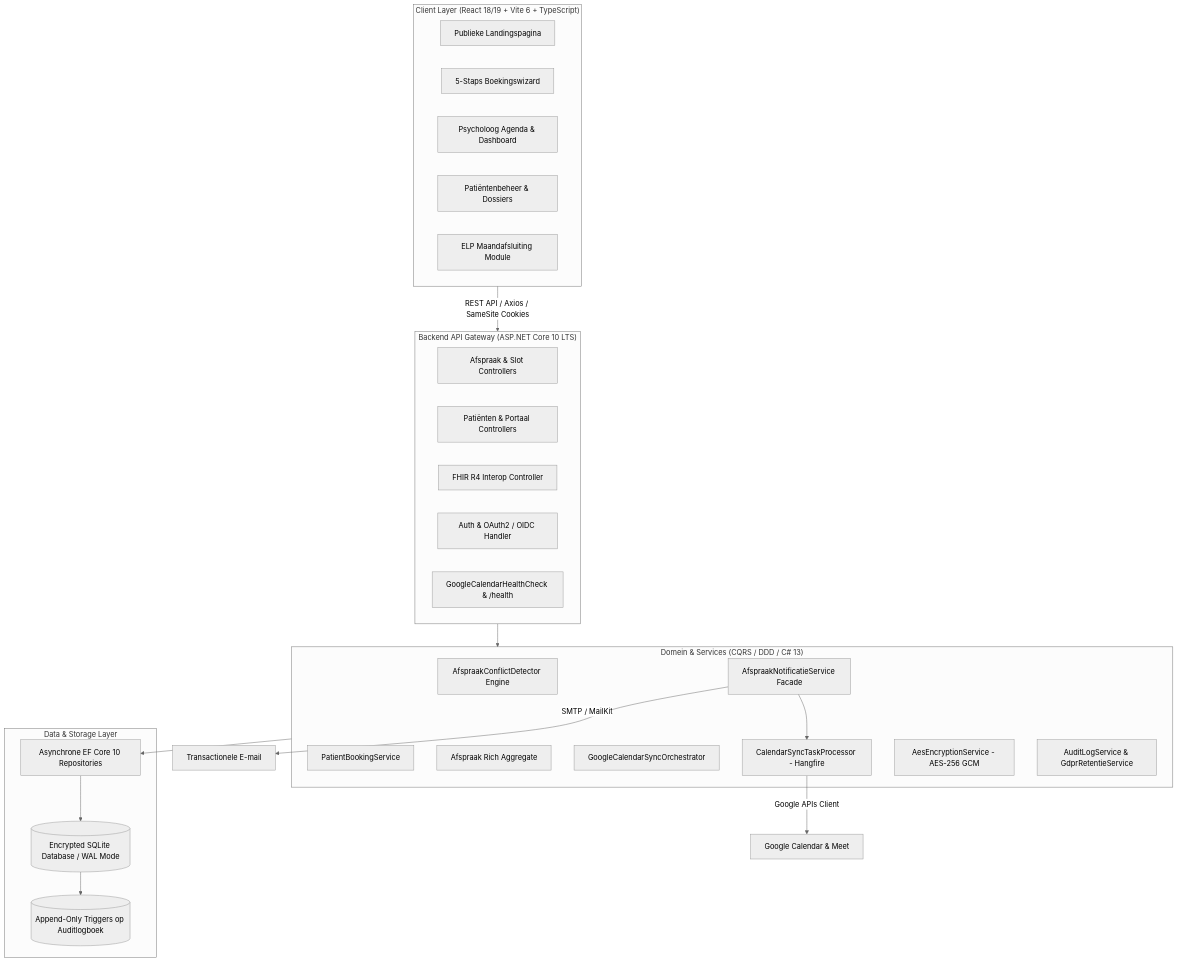
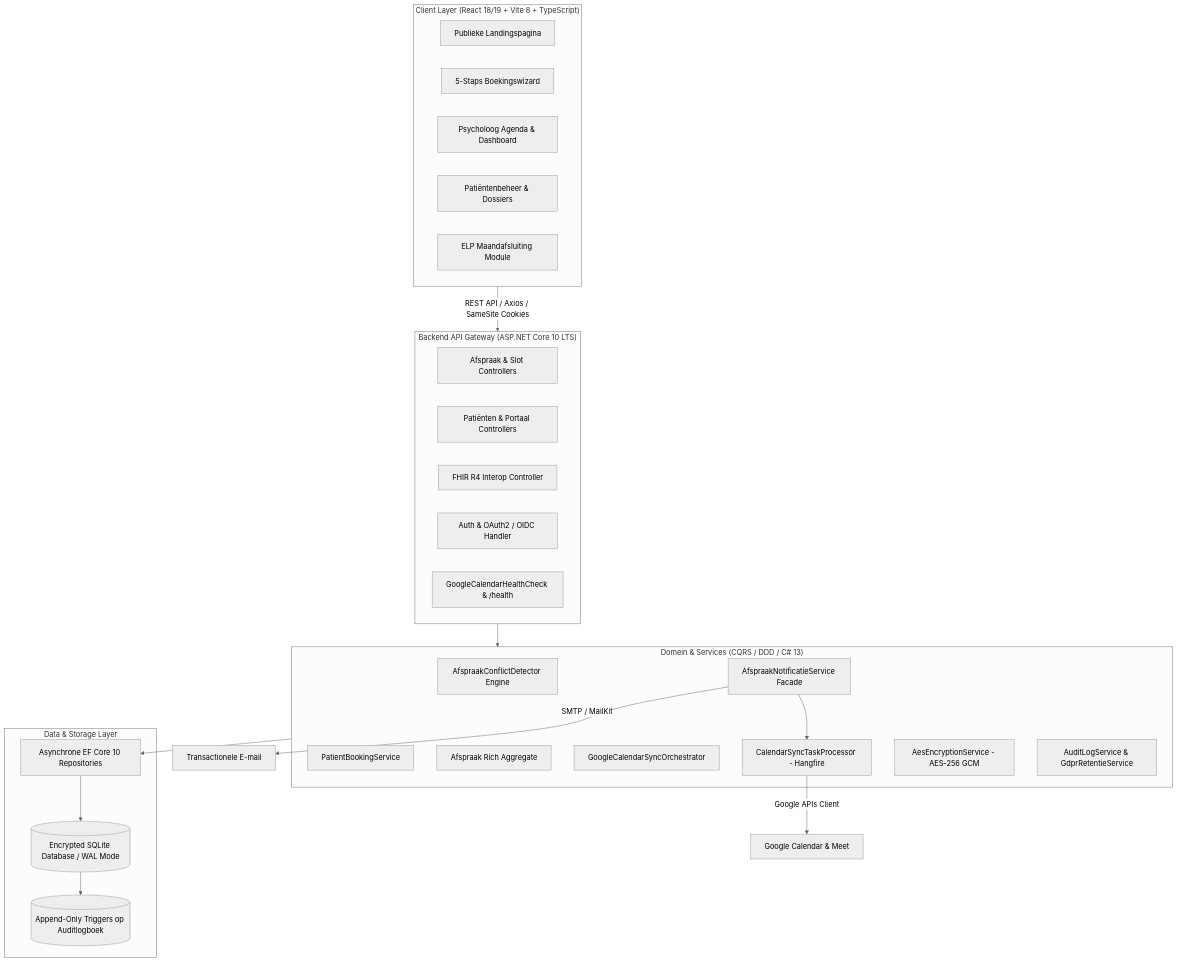
One commit to GregoryButs/de-verstandhouding-showcase changed the diagram in README.md. Above: the diagram before and after it, drawn with Mermaid (neutral theme).

Commit message:
docs: update client layer tech stack to Vite 8 in README

````diff
--- a/README.md
+++ b/README.md
@@ -27,44 +27,44 @@
 ```mermaid
 graph TD
-    subgraph ClientApp ["Client Layer (React 18/19 + Vite 6 + TypeScript)"]
+    subgraph ClientApp ["Client Layer (React 18/19 + Vite 8 + TypeScript)"]
         LP[Publieke Landingspagina]
         BW[5-Staps Boekingswizard]
         PD[Psycholoog Agenda & Dashboard]
         PT[Patiëntenbeheer & Dossiers]
         ELP[ELP Maandafsluiting Module]
     end
 
     subgraph API ["Backend API Gateway (ASP.NET Core 10 LTS)"]
         AC[Afspraak & Slot Controllers]
         PC[Patiënten & Portaal Controllers]
         FC[FHIR R4 Interop Controller]
         AuthC[Auth & OAuth2 / OIDC Handler]
         HC[GoogleCalendarHealthCheck & /health]
     end
 
     subgraph Domain ["Domein & Services (CQRS / DDD / C# 13)"]
         CD[AfspraakConflictDetector Engine]
         PBS[PatientBookingService]
         AGG[Afspraak Rich Aggregate]
         NOTIF[AfspraakNotificatieService Facade]
         GCS[GoogleCalendarSyncOrchestrator]
         QUEUE[CalendarSyncTaskProcessor - Hangfire]
         AES[AesEncryptionService - AES-256 GCM]
         AUDIT[AuditLogService & GdprRetentieService]
     end
 
     subgraph Data ["Data & Storage Layer"]
         EF[Asynchrone EF Core 10 Repositories]
         DB[(Encrypted SQLite Database / WAL Mode)]
         TRIG[(Append-Only Triggers op Auditlogboek)]
     end
 
     ClientApp -->|REST API / Axios / SameSite Cookies| API
     API --> Domain
     Domain --> EF
     EF --> DB
     DB --> TRIG
     NOTIF --> QUEUE
     QUEUE -->|Google APIs Client| Ext1[Google Calendar & Meet]
     NOTIF -->|SMTP / MailKit| Mail[Transactionele E-mail]
 ```
````
